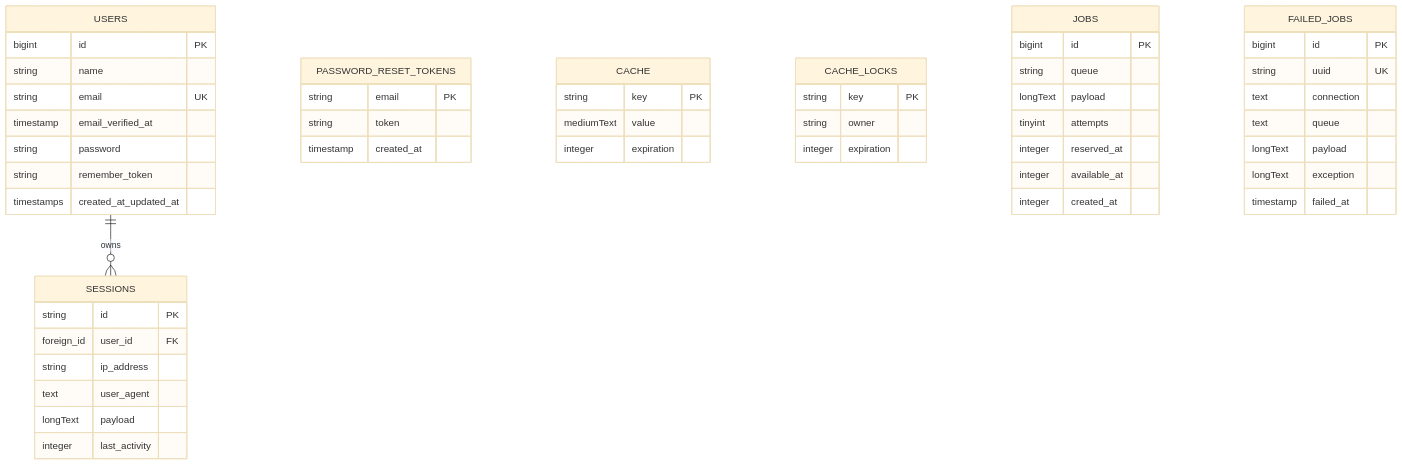
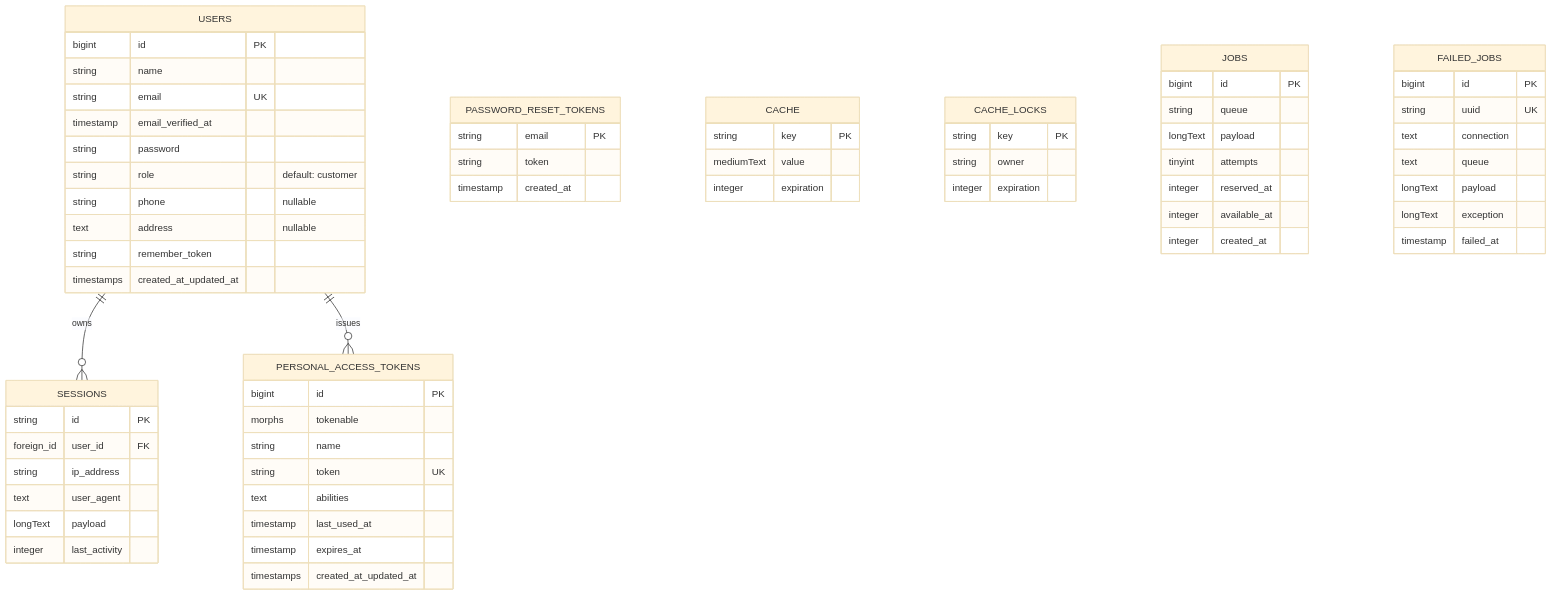
The diagram in docs/backend.md (ASCENDINGHeat/ld-ni-bos), drawn with Mermaid (base theme) before and after one commit. The commit also changed other lines of this file and 5 other files, not shown here.

````diff
--- a/docs/backend.md
+++ b/docs/backend.md
@@ -63,55 +81,69 @@
 ```mermaid
 erDiagram
     USERS {
         bigint id PK
         string name
         string email UK
         timestamp email_verified_at
         string password
+        string role "default: customer"
+        string phone "nullable"
+        text address "nullable"
         string remember_token
+        timestamps created_at_updated_at
+    }
+    PERSONAL_ACCESS_TOKENS {
+        bigint id PK
+        morphs tokenable
+        string name
+        string token UK
+        text abilities
+        timestamp last_used_at
+        timestamp expires_at
         timestamps created_at_updated_at
     }
     PASSWORD_RESET_TOKENS {
         string email PK
         string token
         timestamp created_at
     }
     SESSIONS {
         string id PK
         foreign_id user_id FK
         string ip_address
         text user_agent
         longText payload
         integer last_activity
     }
     CACHE {
         string key PK
         mediumText value
         integer expiration
     }
     CACHE_LOCKS {
         string key PK
         string owner
         integer expiration
     }
     JOBS {
         bigint id PK
         string queue
         longText payload
         tinyint attempts
         integer reserved_at
         integer available_at
         integer created_at
     }
     FAILED_JOBS {
         bigint id PK
         string uuid UK
         text connection
         text queue
         longText payload
         longText exception
         timestamp failed_at
     }
 
     USERS ||--o{ SESSIONS : "owns"
+    USERS ||--o{ PERSONAL_ACCESS_TOKENS : "issues"
 ```
````
